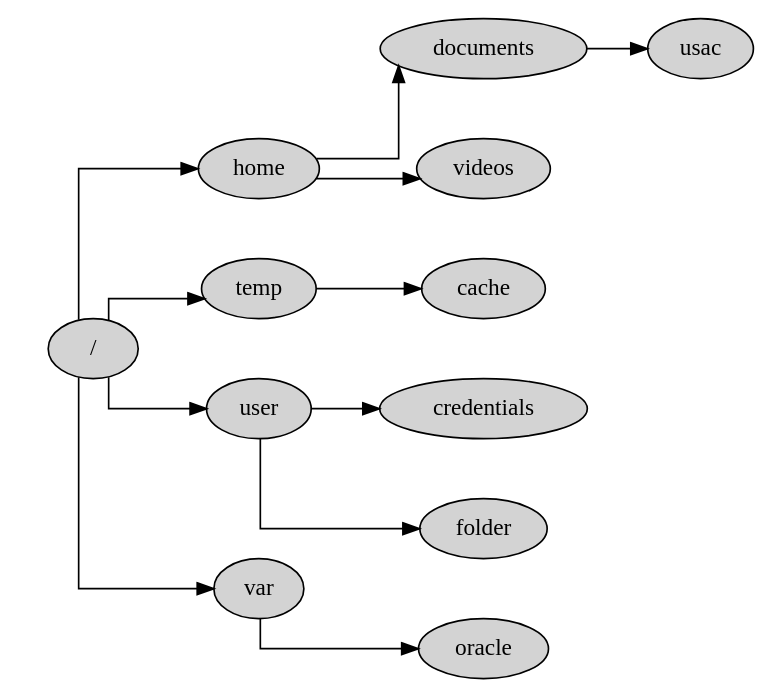
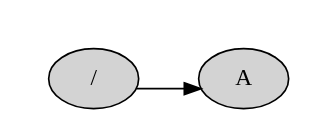
The diagram in Proyecto2/Grafo.dot (Eduardo01004/EDD_2S2019_PY2_201612124), drawn with Graphviz before and after one commit. The commit also changed 70 other files, not shown here.

```diff
--- a/Proyecto2/Grafo.dot
+++ b/Proyecto2/Grafo.dot
@@ -1,16 +1,6 @@
 digraph G{rankdir=LR;
  graph [splines=ortho, nodesep=0.5];
 node [shape=ellipse, style=filled]
 "/" -> "/"[style=invis]
-"/" -> "home"
-"/" -> "temp"
-"/" -> "user"
-"/" -> "var"
-"documents" -> "usac"
-"home" -> "documents"
-"home" -> "videos"
-"temp" -> "cache"
-"user" -> "credentials"
-"user" -> "folder"
-"var" -> "oracle"
+"/" -> "A"
 }
```
